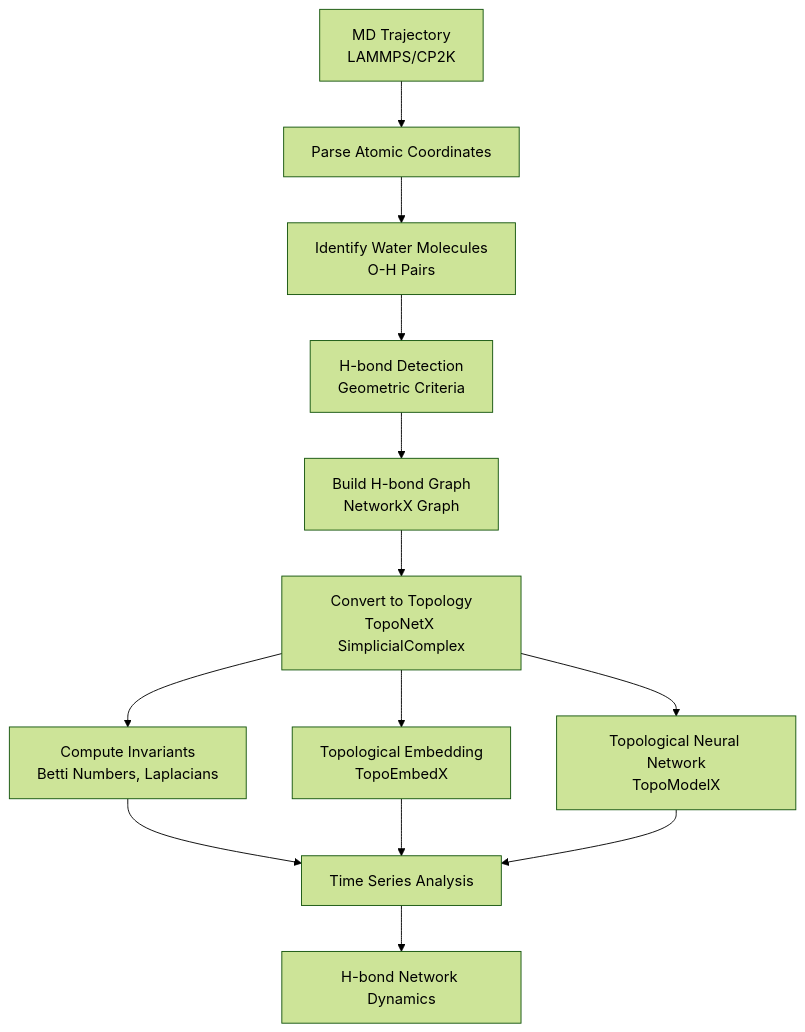
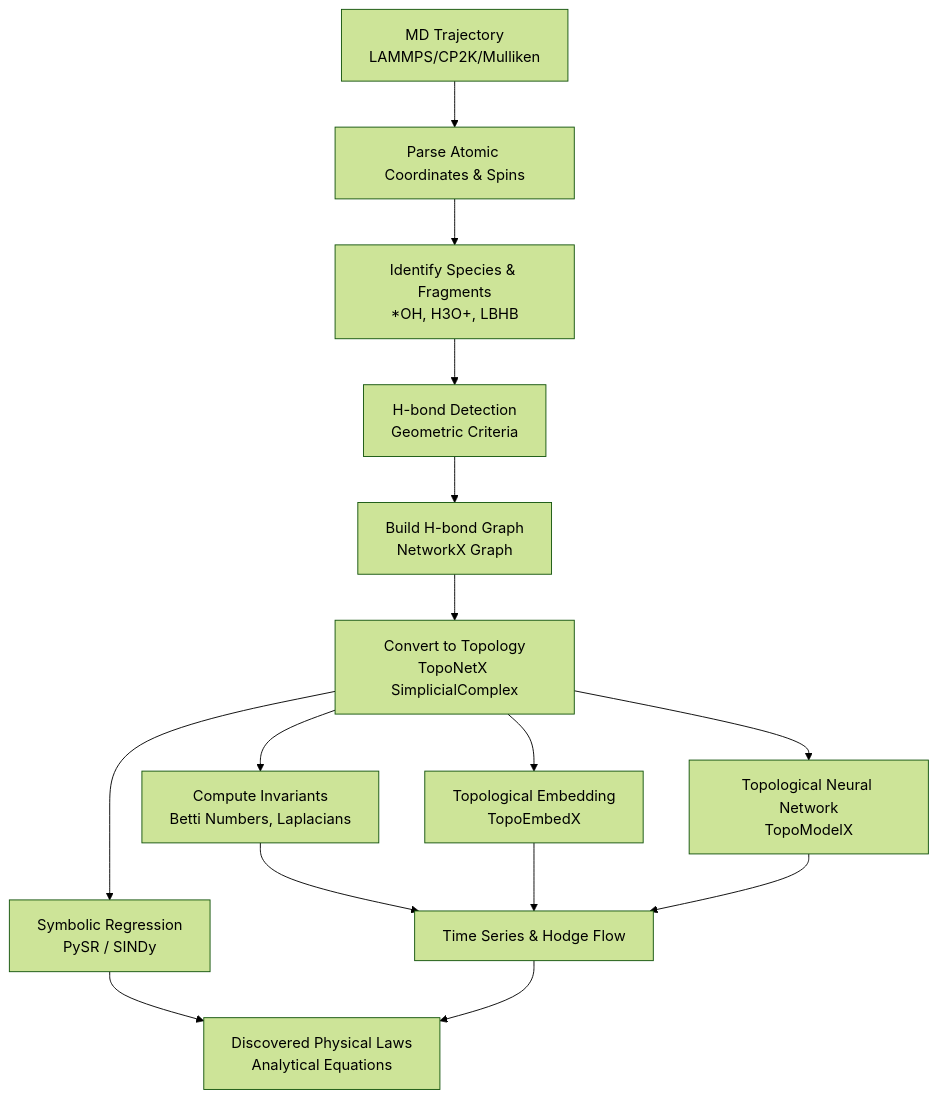
The diagram in README.md (TANG-LAB-WHU/topoHBNet), drawn with Mermaid (forest theme) before and after one commit. The commit also changed other lines of this file, not shown here.

Commit message:
feat: add symbolic regression support using PySR and SINDy for physical law discovery in H-bond networks

````diff
--- a/README.md
+++ b/README.md
@@ -25,15 +26,17 @@
 ```mermaid
 flowchart TD
-    A[MD Trajectory<br/>LAMMPS/CP2K] --> B[Parse Atomic Coordinates]
-    B --> C[Identify Water Molecules<br/>O-H Pairs]
+    A[MD Trajectory<br/>LAMMPS/CP2K/Mulliken] --> B[Parse Atomic Coordinates & Spins]
+    B --> C[Identify Species & Fragments<br/>*OH, H3O+, LBHB]
     C --> D[H-bond Detection<br/>Geometric Criteria]
     D --> E[Build H-bond Graph<br/>NetworkX Graph]
     E --> F[Convert to Topology<br/>TopoNetX SimplicialComplex]
     F --> G1[Compute Invariants<br/>Betti Numbers, Laplacians]
     F --> G2[Topological Embedding<br/>TopoEmbedX]
     F --> G3[Topological Neural Network<br/>TopoModelX]
-    G1 --> H[Time Series Analysis]
+    F --> G4[Symbolic Regression<br/>PySR / SINDy]
+    G1 --> H[Time Series & Hodge Flow]
     G2 --> H
     G3 --> H
-    H --> I[H-bond Network Dynamics]
+    G4 --> I[Discovered Physical Laws<br/>Analytical Equations]
+    H --> I
 ```
````
